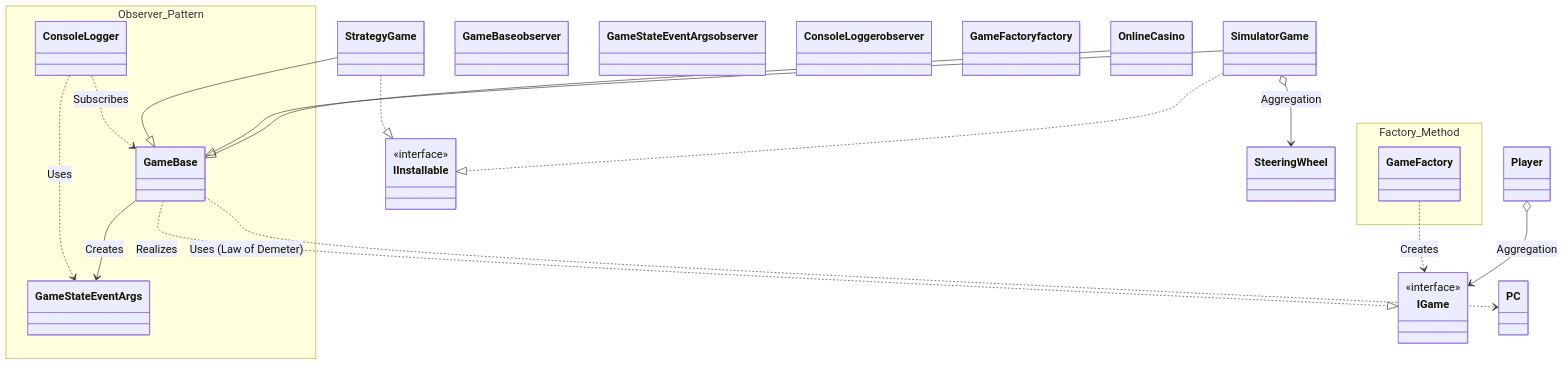
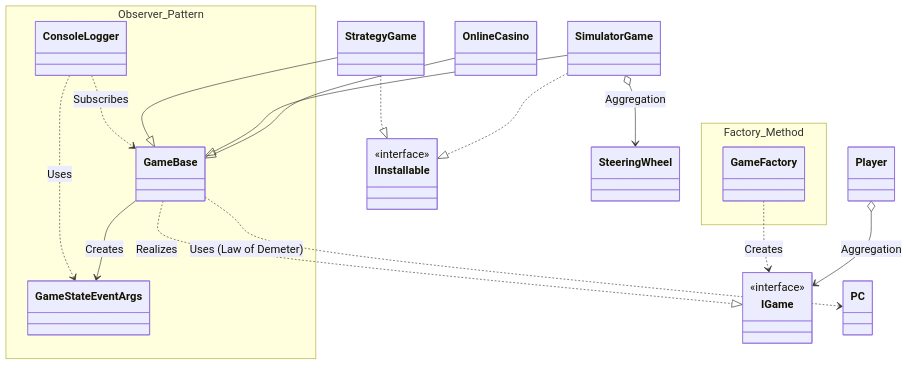
The diagram in README.md (VDamnV/SAD_lab2), drawn with Mermaid before and after one commit.

````diff
--- a/README.md
+++ b/README.md
@@ -3,57 +3,46 @@
 ```mermaid
-%% Конфігурація для ЗБІЛЬШЕННЯ ШРИФТУ та компактності
 %%{init: {"theme": "default", "themeVariables": { "fontSize": "18px", "fontFamily": "arial" }}}%%
 classDiagram
     direction TB
-
-    %% --- СТИЛІ ДЛЯ ПАТЕРНІВ ПРОЕКТУВАННЯ ---
-    classDef observer fill:#fff3f3,stroke:#cc0000,stroke-width:3px,stroke-dasharray: 6 6
-    classDef factory fill:#f0f5ff,stroke:#0033cc,stroke-width:3px,stroke-dasharray: 6 6
 
     %% --- ВИДІЛЕННЯ ПАТЕРНІВ РАМКАМИ (Вимога Лаб 1.3) ---
     namespace Observer_Pattern {
         class ConsoleLogger
         class GameStateEventArgs
         class GameBase
     }
 
     namespace Factory_Method {
         class GameFactory
     }
 
     %% --- БАЗОВІ СУТНОСТІ ---
     class IGame { <<interface>> }
     class IInstallable { <<interface>> }
     class StrategyGame
     class SimulatorGame
     class OnlineCasino
     class PC
     class Player
     class SteeringWheel
 
-    %% --- ЗАСТОСУВАННЯ СТИЛІВ ДО КЛАСІВ ---
-    class GameBase observer
-    class GameStateEventArgs observer
-    class ConsoleLogger observer
-    class GameFactory factory
-
     %% --- 1. ЗВ'ЯЗКИ ПАТЕРНІВ ---
     GameFactory ..> IGame : Creates
     ConsoleLogger ..> GameBase : Subscribes
     ConsoleLogger ..> GameStateEventArgs : Uses
     GameBase --> GameStateEventArgs : Creates
 
     %% --- 2. НАСЛІДУВАННЯ ТА РЕАЛІЗАЦІЯ ---
     GameBase ..|> IGame : Realizes
     StrategyGame --|> GameBase
     SimulatorGame --|> GameBase
     OnlineCasino --|> GameBase
 
     StrategyGame ..|> IInstallable
     SimulatorGame ..|> IInstallable
 
     %% --- 3. АГРЕГАЦІЯ ТА ВИКОРИСТАННЯ (LoD) ---
     Player o--> IGame : Aggregation
     SimulatorGame o--> SteeringWheel : Aggregation
     GameBase ..> PC : Uses (Law of Demeter)
 ```
````
